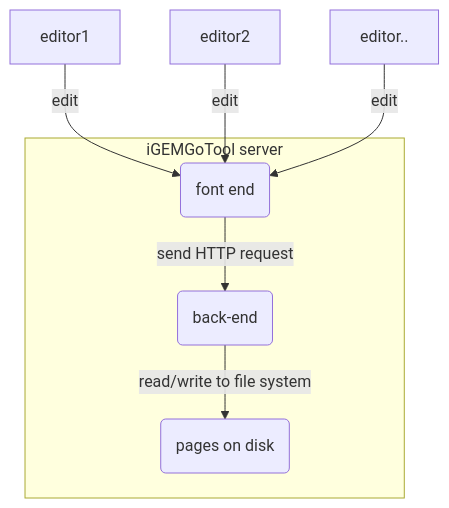
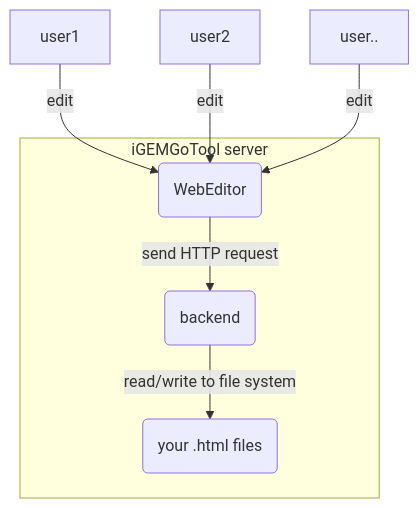
One commit to 950288/WikiBreeze changed the diagram in README.md. Above: the diagram before and after it, drawn with Mermaid.

Commit message:
change readme file

````diff
--- a/README.md
+++ b/README.md
@@ -77,10 +77,10 @@
 ```mermaid
 graph TB
-    editor1 --edit--> WebEditor(font end)
-    editor2 --edit--> WebEditor(font end)
-    editor.. --edit--> WebEditor(font end)
+    user1 --edit--> WebEditor
+    user2 --edit--> WebEditor
+    user.. --edit--> WebEditor
     subgraph iGEMGoTool server
-        WebEditor(font end) --send HTTP request--> backend(back-end)
-        backend --read/write to file system--> pages(pages on disk)
+        WebEditor(WebEditor) --send HTTP request--> backend(backend)
+        backend --read/write to file system--> pages(your .html files)
     end
 ```
````
